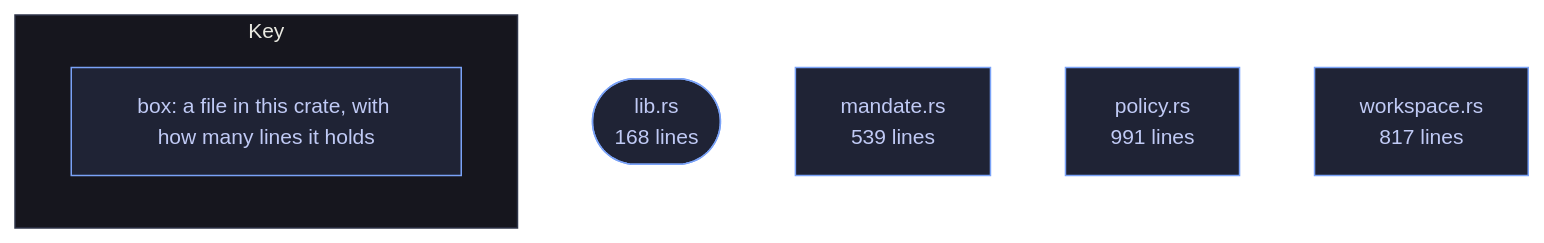
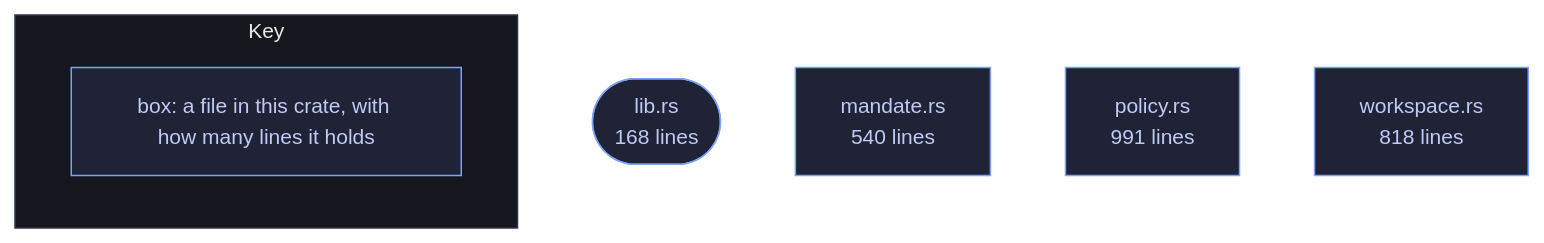
One commit to tilas01/veilvoice changed the diagram in crates/veilvoice-policy/README.md. Above: the diagram before and after it, drawn with Mermaid. The commit also changed other lines of this file and 514 other files, not shown here.

````diff
--- a/crates/veilvoice-policy/README.md
+++ b/crates/veilvoice-policy/README.md
@@ -104,16 +104,16 @@
 ```mermaid
 %%{init: {"theme":"base","themeVariables":{"background":"#1a1b26","primaryColor":"#1f2335","primaryTextColor":"#c0caf5","primaryBorderColor":"#7aa2f7","secondaryColor":"#16161e","tertiaryColor":"#16161e","lineColor":"#737aa2","textColor":"#c0caf5","mainBkg":"#1f2335","nodeBorder":"#7aa2f7","clusterBkg":"#16161e","clusterBorder":"#2f3549","fontFamily":"ui-monospace, SFMono-Regular, Consolas, monospace","fontSize":"14px"}}}%%
 flowchart TD
     n_lib(["lib.rs<br/>168 lines"])
-    n_mandate["mandate.rs<br/>539 lines"]
+    n_mandate["mandate.rs<br/>540 lines"]
     n_policy["policy.rs<br/>991 lines"]
-    n_workspace["workspace.rs<br/>817 lines"]
+    n_workspace["workspace.rs<br/>818 lines"]
     click n_lib href "https://github.com/tilas01/veilvoice/blob/main/crates/veilvoice-policy/src/lib.rs" "open the source"
     click n_mandate href "https://github.com/tilas01/veilvoice/blob/main/crates/veilvoice-policy/src/mandate.rs" "open the source"
     click n_policy href "https://github.com/tilas01/veilvoice/blob/main/crates/veilvoice-policy/src/policy.rs" "open the source"
     click n_workspace href "https://github.com/tilas01/veilvoice/blob/main/crates/veilvoice-policy/src/workspace.rs" "open the source"
     subgraph chart_key ["Key"]
         direction LR
         key_box["box: a file in this crate, with how many lines it holds"]
     end
 ```
````
